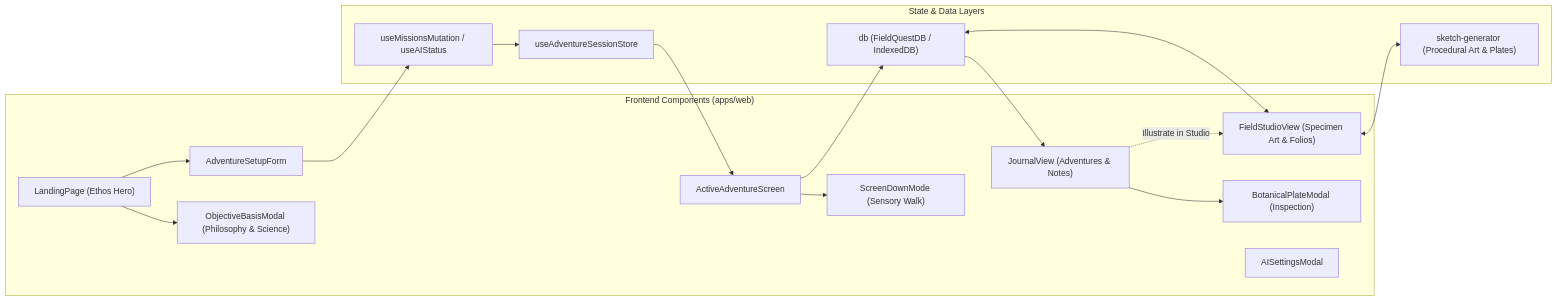
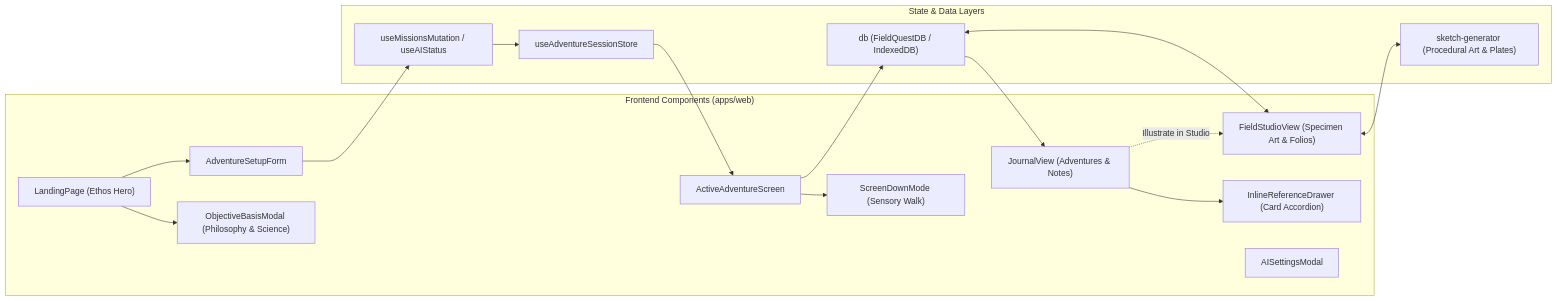
One commit to arnab825/FieldQuest changed the second of 5 diagrams in docs/ARCHITECTURE.md. Above: the diagram before and after it, drawn with Mermaid. The commit also changed 4 other files, not shown here.

Commit message:
feat: add FieldStudioView and JournalView components for botanical illustration studio and field journal management

````diff
--- a/docs/ARCHITECTURE.md
+++ b/docs/ARCHITECTURE.md
@@ -49,34 +49,34 @@
 ```mermaid
 graph LR
     subgraph Frontend_Components["Frontend Components (apps/web)"]
         Landing["LandingPage (Ethos Hero)"]
         Setup["AdventureSetupForm"]
         Active["ActiveAdventureScreen"]
         ScreenDown["ScreenDownMode (Sensory Walk)"]
         Journal["JournalView (Adventures & Notes)"]
         Studio["FieldStudioView (Specimen Art & Folios)"]
-        PlateModal["BotanicalPlateModal (Inspection)"]
+        PlateDrawer["InlineReferenceDrawer (Card Accordion)"]
         Philosophy["ObjectiveBasisModal (Philosophy & Science)"]
         Settings["AISettingsModal"]
     end
     
     subgraph State_Management["State & Data Layers"]
         ZustandSession["useAdventureSessionStore"]
         DexieDB["db (FieldQuestDB / IndexedDB)"]
         SketchGen["sketch-generator (Procedural Art & Plates)"]
         QueryHooks["useMissionsMutation / useAIStatus"]
     end
     
     Landing --> Setup
     Landing --> Philosophy
     Setup --> QueryHooks
     QueryHooks --> ZustandSession
     ZustandSession --> Active
     Active --> ScreenDown
     Active --> DexieDB
     DexieDB --> Journal
-    Journal --> PlateModal
+    Journal --> PlateDrawer
     Journal -.->|Illustrate in Studio| Studio
     Studio <--> DexieDB
     Studio <--> SketchGen
 ```
````
